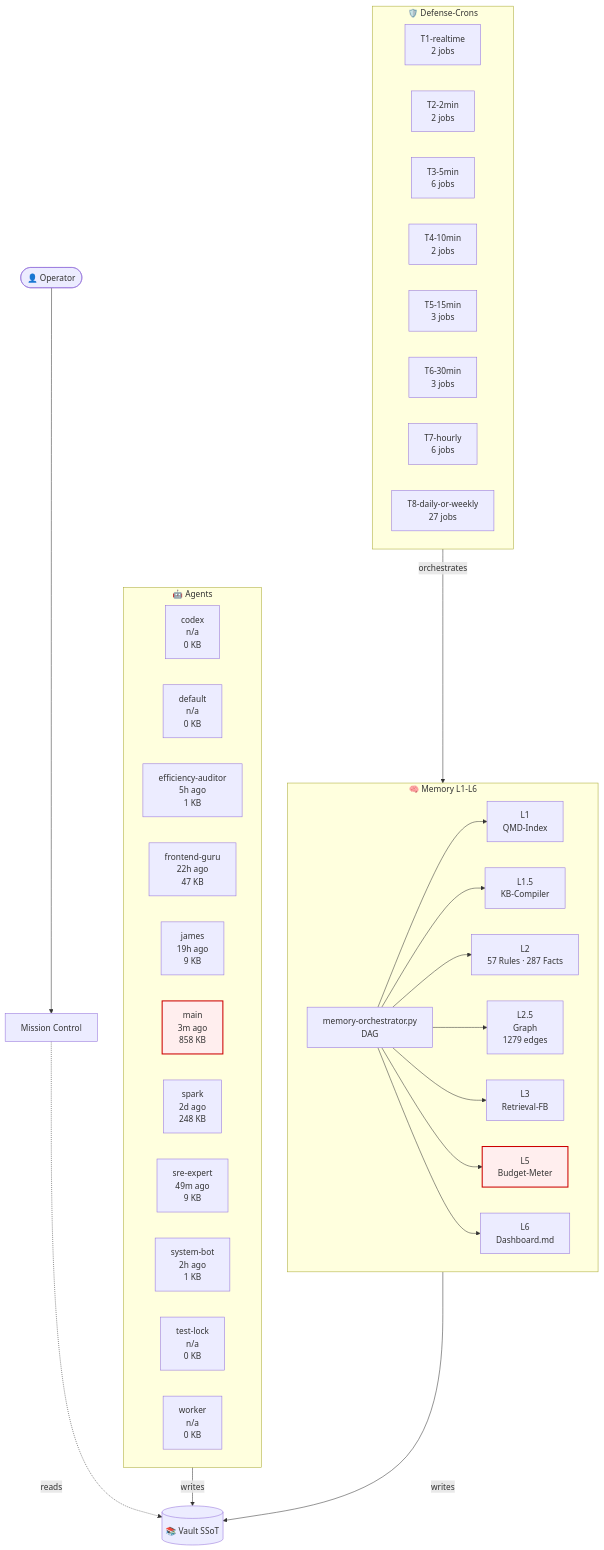
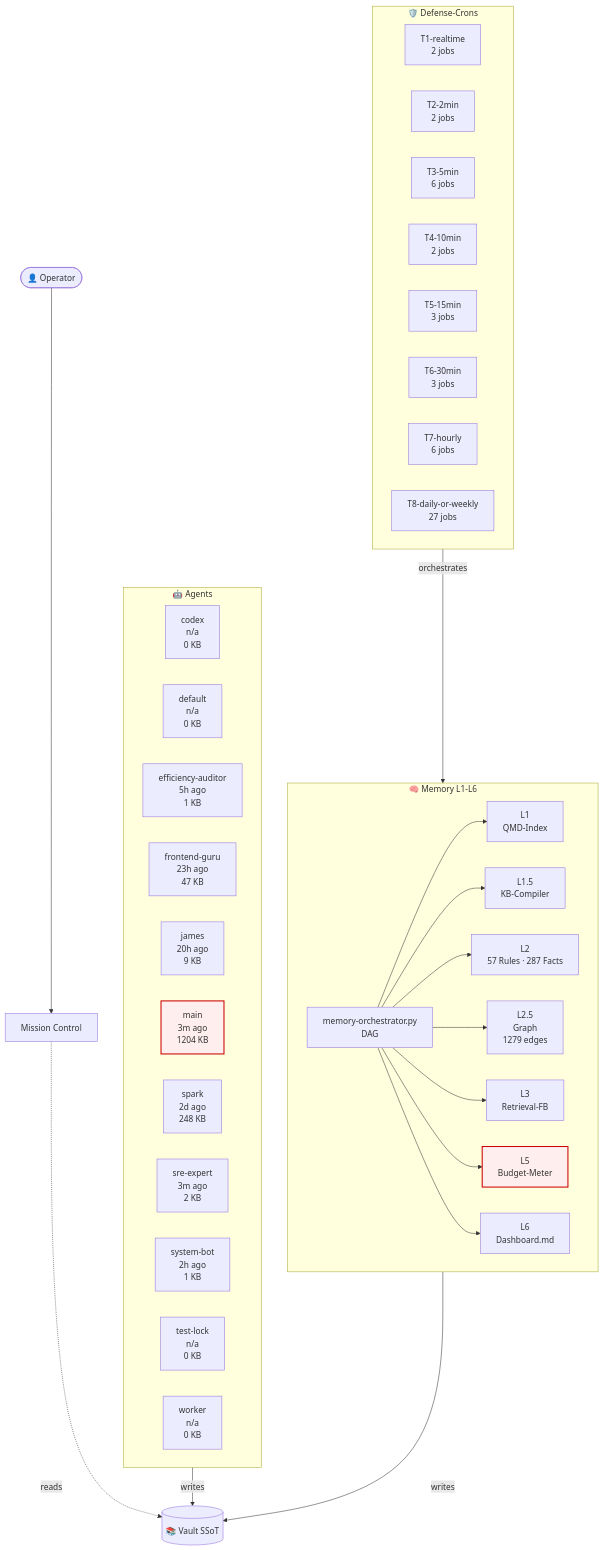
Before and after one commit to lenardhuebner88-rgb/openclaw-memory: the diagram in 03-Agents/architecture-live.md, drawn with Mermaid. The commit also changed other lines of this file and 6 other files, not shown here.

````diff
--- a/03-Agents/architecture-live.md
+++ b/03-Agents/architecture-live.md
@@ -18,54 +18,54 @@
 ```mermaid
 flowchart TB
     classDef critical fill:#fee,stroke:#c00,stroke-width:2px;
     subgraph AGT["🤖 Agents"]
         agent_codex["codex<br/>n/a<br/>0 KB"]
         agent_default["default<br/>n/a<br/>0 KB"]
         agent_efficiency_auditor["efficiency-auditor<br/>5h ago<br/>1 KB"]
-        agent_frontend_guru["frontend-guru<br/>22h ago<br/>47 KB"]
-        agent_james["james<br/>19h ago<br/>9 KB"]
-        agent_main["main<br/>3m ago<br/>858 KB"]
+        agent_frontend_guru["frontend-guru<br/>23h ago<br/>47 KB"]
+        agent_james["james<br/>20h ago<br/>9 KB"]
+        agent_main["main<br/>3m ago<br/>1204 KB"]
         agent_spark["spark<br/>2d ago<br/>248 KB"]
-        agent_sre_expert["sre-expert<br/>49m ago<br/>9 KB"]
+        agent_sre_expert["sre-expert<br/>3m ago<br/>2 KB"]
         agent_system_bot["system-bot<br/>2h ago<br/>1 KB"]
         agent_test_lock["test-lock<br/>n/a<br/>0 KB"]
         agent_worker["worker<br/>n/a<br/>0 KB"]
     end
     subgraph MEM["🧠 Memory L1-L6"]
         L1["L1<br/>QMD-Index"]
         L15["L1.5<br/>KB-Compiler"]
         L2["L2<br/>57 Rules · 287 Facts"]
         L25["L2.5<br/>Graph<br/>1279 edges"]
         L3["L3<br/>Retrieval-FB"]
         L5["L5<br/>Budget-Meter"]
         L6["L6<br/>Dashboard.md"]
         ORCH["memory-orchestrator.py<br/>DAG"]
     end
     subgraph CRN["🛡️ Defense-Crons"]
         tier_T1_realtime["T1-realtime<br/>2 jobs"]
         tier_T2_2min["T2-2min<br/>2 jobs"]
         tier_T3_5min["T3-5min<br/>6 jobs"]
         tier_T4_10min["T4-10min<br/>2 jobs"]
         tier_T5_15min["T5-15min<br/>3 jobs"]
         tier_T6_30min["T6-30min<br/>3 jobs"]
         tier_T7_hourly["T7-hourly<br/>6 jobs"]
         tier_T8_daily_or_weekly["T8-daily-or-weekly<br/>27 jobs"]
     end
     VAULT[("📚 Vault SSoT")]
     OP([👤 Operator])
     MC["Mission Control"]
     OP --> MC
     MC -.reads.-> VAULT
     AGT -->|writes| VAULT
     MEM -->|writes| VAULT
     ORCH --> L1
     ORCH --> L15
     ORCH --> L2
     ORCH --> L25
     ORCH --> L3
     ORCH --> L5
     ORCH --> L6
     CRN -->|orchestrates| MEM
     class L5 critical
     class agent_main critical
 ```
````
